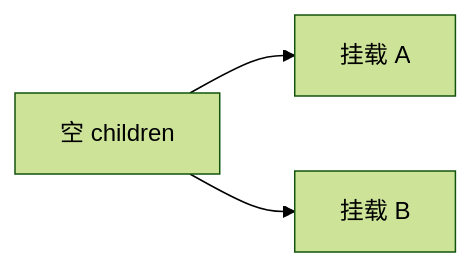
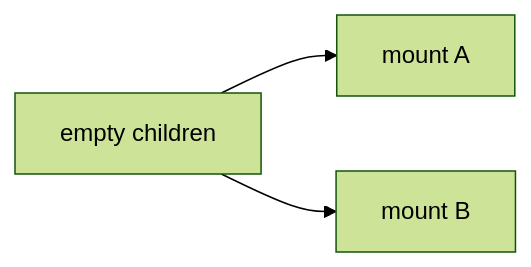
The seventh of 17 diagrams in docs/vue/source/runtime-core/diff-algorithm-interview.md (Tajigaqzh/front_basic), drawn with Mermaid (forest theme) before and after one commit. The commit also changed other lines of this file and 11 other files, not shown here.

````diff
--- a/docs/vue/source/runtime-core/diff-algorithm-interview.md
+++ b/docs/vue/source/runtime-core/diff-algorithm-interview.md
@@ -299,5 +299,5 @@
 ```mermaid
 flowchart LR
-  E0[空 children] --> M1[挂载 A]
-  E0 --> M2[挂载 B]
+  E0["empty children"] --> M1["mount A"]
+  E0 --> M2["mount B"]
 ```
````
